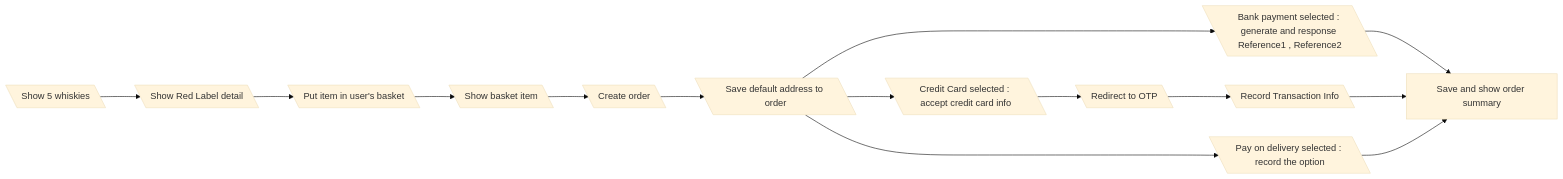
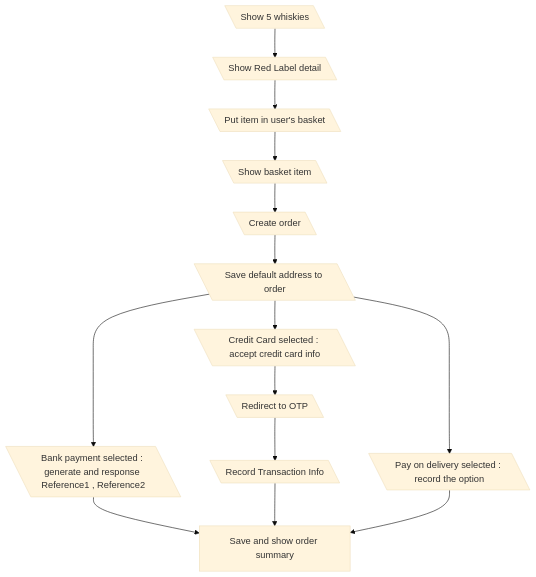
One commit to aniwat0554/assignment-java-boot-camp changed the second of 5 diagrams in READMe.md. Above: the diagram before and after it, drawn with Mermaid (base theme).

Commit message:
change I/O diagram orientation

````diff
--- a/READMe.md
+++ b/READMe.md
@@ -21,14 +21,14 @@
 ```mermaid
-    graph LR
+    graph TD
     Catalog[\"Show 5 whiskies"\] --> Detail[\"Show Red Label detail"\]
     Detail --> BasketPut[\"Put item in user's basket"\]
     BasketPut --> Basket[\Show basket item\] --> Payment[\"Create order"\]--> Shipping[\"Save default address to order"\]
     Shipping --> BankMethodSelect[\"Bank payment selected : generate and response Reference1 , Reference2"\]
     Shipping --> CCMethodSelect[\"Credit Card selected : accept credit card info"\] --> CCRedirect[\"Redirect to OTP"\] --> CCAccept[\"Record Transaction Info"\]
     Shipping --> PayOnDeli[\"Pay on delivery selected : record the option"\]
     BankMethodSelect --> Confirm["Save and show order summary"]
     
     CCAccept --> Confirm["Save and show order summary"]
     
     PayOnDeli --> Confirm["Save and show order summary"]
 ```
````
